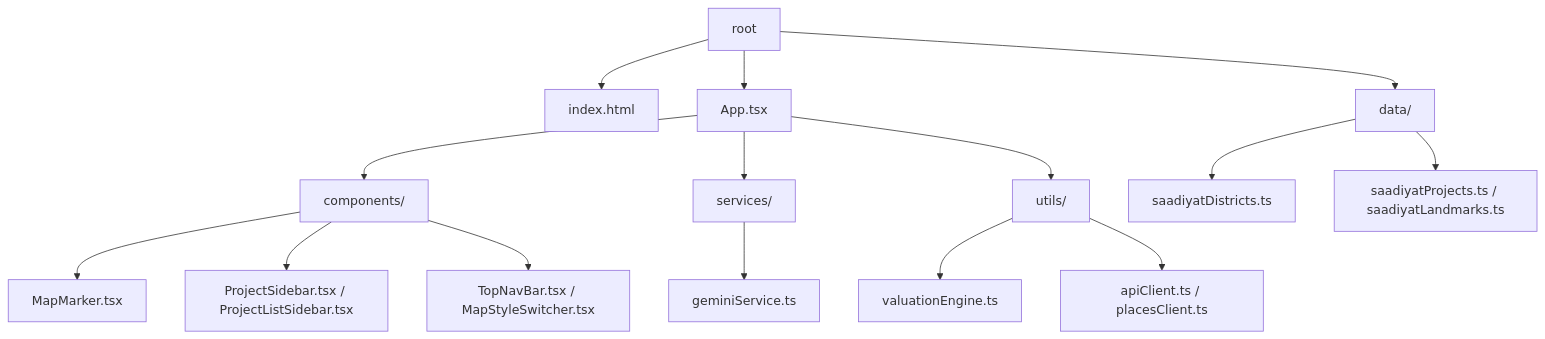
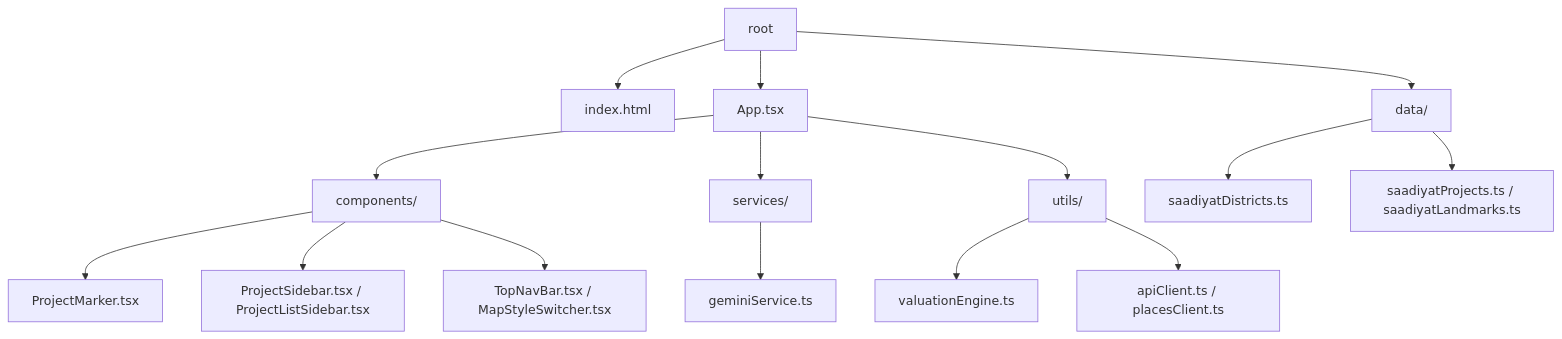
Before and after one commit to PSI-AD/psi-maps: the first of 3 diagrams in PROJECT_MASTER.md, drawn with Mermaid. The commit also changed other lines of this file and 2 other files, not shown here.

Commit message:
fix: implemented custom math-based touch gesture recognizers on all map markers to bypass mapbox event hijacking and guarantee reliable mobile taps

````diff
--- a/PROJECT_MASTER.md
+++ b/PROJECT_MASTER.md
@@ -48,17 +48,17 @@
 ```mermaid
 graph TD
     Root[root] --> IndexHTML[index.html]
     Root --> App[App.tsx]
     App --> Components[components/]
-    Components --> MapMarkers[MapMarker.tsx]
+    Components --> MapMarkers[ProjectMarker.tsx]
     Components --> Sidebars[ProjectSidebar.tsx / ProjectListSidebar.tsx]
     Components --> Nav[TopNavBar.tsx / MapStyleSwitcher.tsx]
     App --> Services[services/]
     Services --> Gemini[geminiService.ts]
     App --> Utils[utils/]
     Utils --> Valuation[valuationEngine.ts]
     Utils --> API[apiClient.ts / placesClient.ts]
     Root --> Data[data/]
     Data --> GeoJSON[saadiyatDistricts.ts]
     Data --> SeedData[saadiyatProjects.ts / saadiyatLandmarks.ts]
 ```
````
